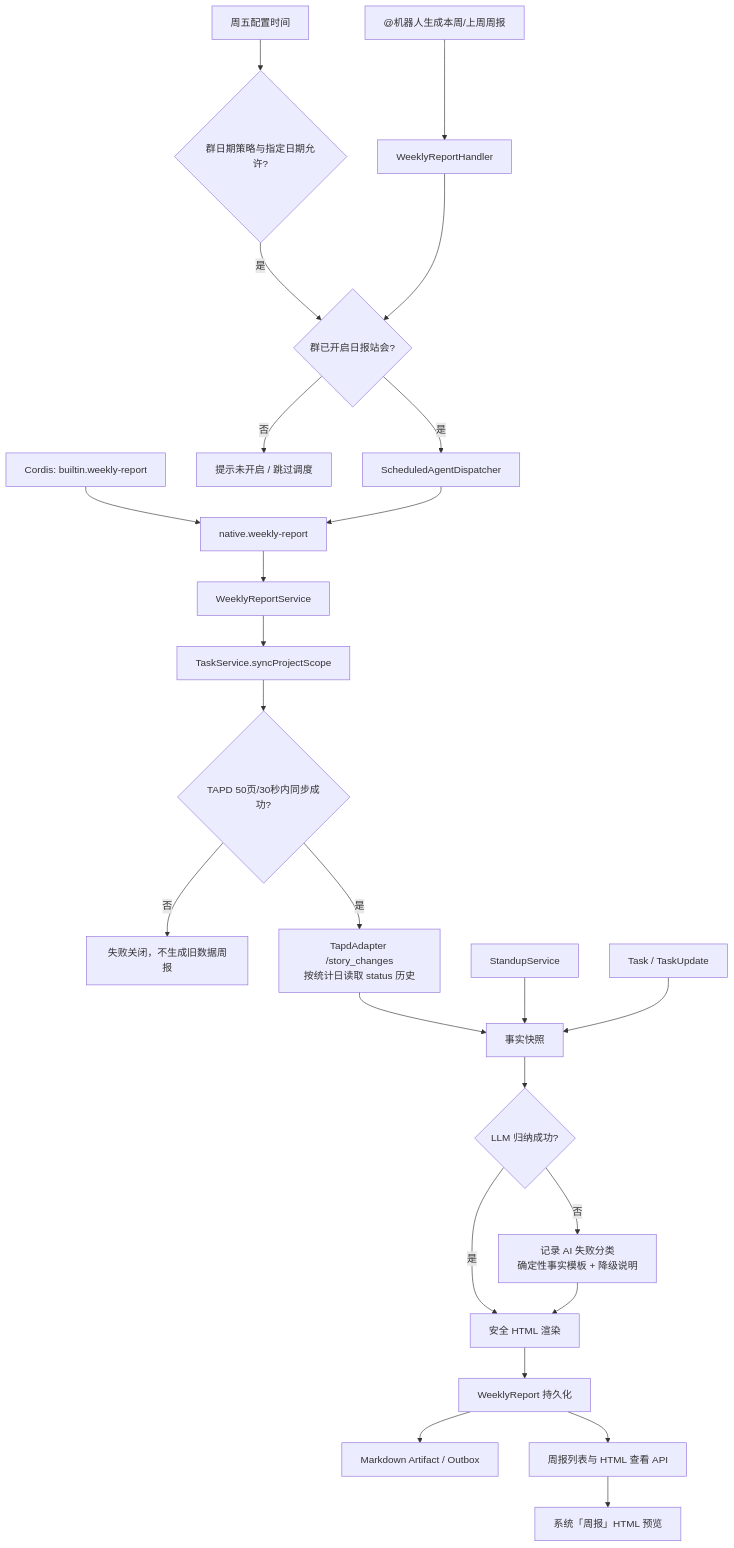
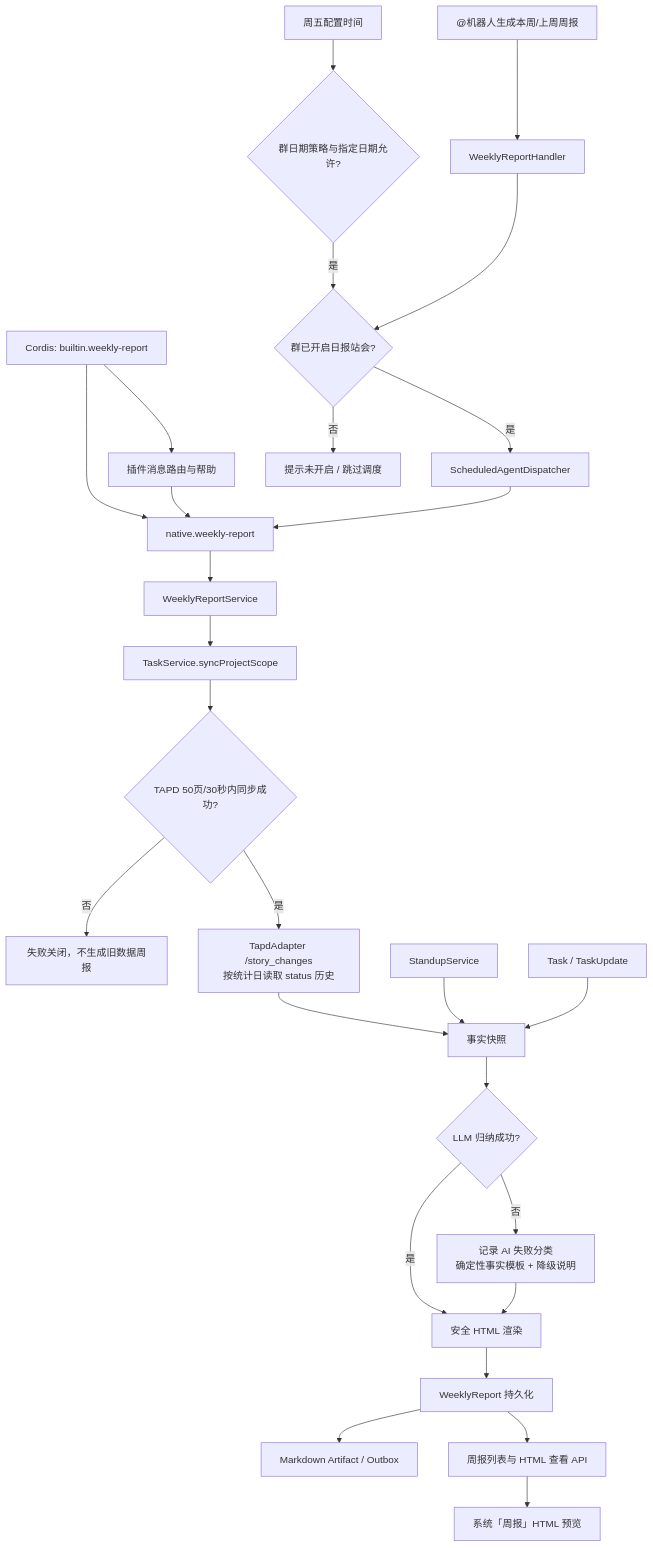
Before and after one commit to KlayPeter/AI-Delivery-Ops-Agent: the diagram in backend/src/domains/weeklyReport/FEATURE.md, drawn with Mermaid. The commit also changed other lines of this file and 39 other files, not shown here.

````diff
--- a/backend/src/domains/weeklyReport/FEATURE.md
+++ b/backend/src/domains/weeklyReport/FEATURE.md
@@ -20,27 +20,29 @@
 ```mermaid
 flowchart TD
     PL["Cordis: builtin.weekly-report"] --> A
+    PL --> MR["插件消息路由与帮助"]
+    MR --> A
     U["@机器人生成本周/上周周报"] --> H["WeeklyReportHandler"]
     S["周五配置时间"] --> HC{"群日期策略与指定日期允许?"}
     HC -- "是" --> G{"群已开启日报站会?"}
     H --> G
     G -- 否 --> X0["提示未开启 / 跳过调度"]
     G -- 是 --> D["ScheduledAgentDispatcher"]
     D --> A["native.weekly-report"]
     A --> W["WeeklyReportService"]
     W --> T["TaskService.syncProjectScope"]
     T --> P{"TAPD 50页/30秒内同步成功?"}
     P -- 否 --> X["失败关闭，不生成旧数据周报"]
     P -- 是 --> TH["TapdAdapter /story_changes\n按统计日读取 status 历史"]
     TH --> F["事实快照"]
     ST["StandupService"] --> F
     TU["Task / TaskUpdate"] --> F
     F --> N{"LLM 归纳成功?"}
     N -- 是 --> R["安全 HTML 渲染"]
     N -- 否 --> NF["记录 AI 失败分类<br/>确定性事实模板 + 降级说明"]
     NF --> R
     R --> DB["WeeklyReport 持久化"]
     DB --> O["Markdown Artifact / Outbox"]
     DB --> API["周报列表与 HTML 查看 API"]
     API --> UI["系统「周报」HTML 预览"]
 ```
````
